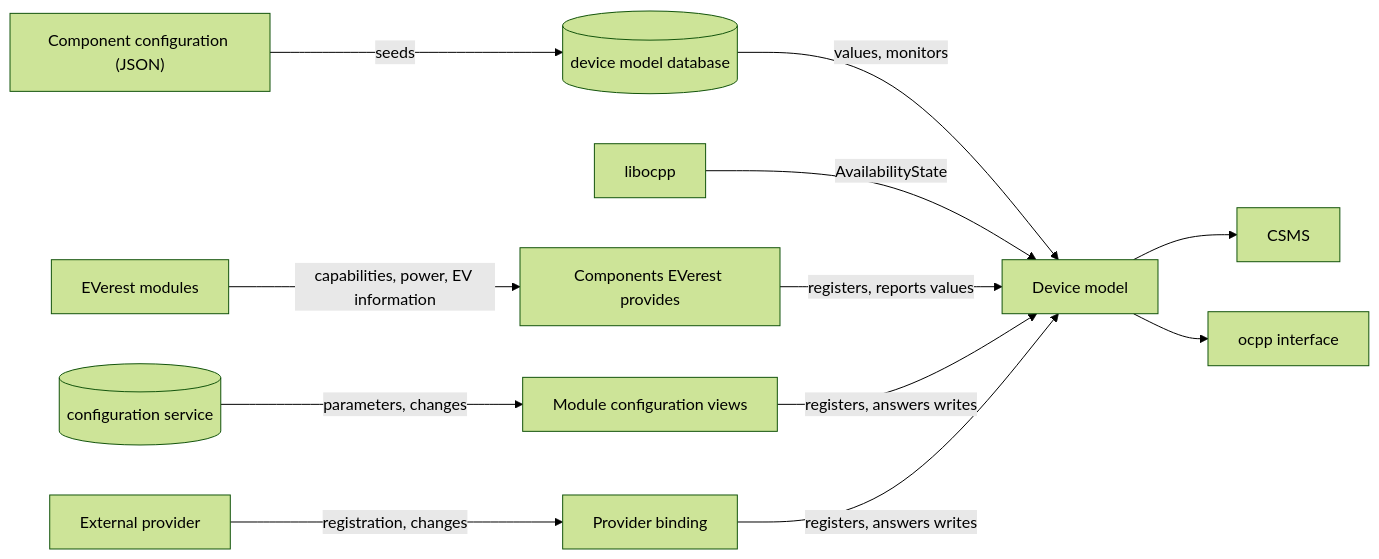
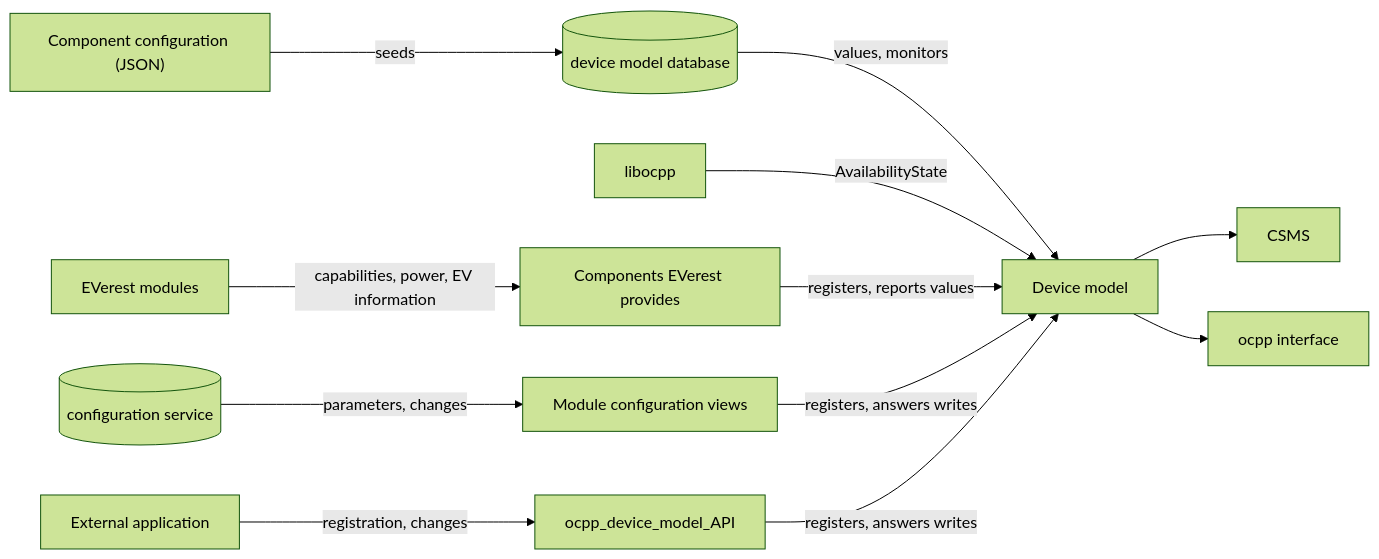
The first of 5 diagrams in modules/EVSE/OCPPmulti/docs/device_model.rst (EVerest/EVerest), drawn with Mermaid (forest theme) before and after one commit. The commit also changed other lines of this file and 11 other files, not shown here.

```diff
--- a/modules/EVSE/OCPPmulti/docs/device_model.rst
+++ b/modules/EVSE/OCPPmulti/docs/device_model.rst
@@ -24,26 +19,26 @@
 .. mermaid::
 
    flowchart LR
        JSON["Component configuration (JSON)"]
        LIB[libocpp]
        EV[Components EVerest provides]
        VIEWS[Module configuration views]
-       PRV[Provider binding]
+       PRV[ocpp_device_model_API]
        DM[Device model]
        DB[(device model database)]
        CS[(configuration service)]
        MODS[EVerest modules]
-       EXT[External provider]
+       EXT[External application]
        CSMS[CSMS]
        API[ocpp interface]
        JSON -- seeds --> DB
        DB -- values, monitors --> DM
        LIB -- AvailabilityState --> DM
        MODS -- capabilities, power, EV information --> EV
        EV -- registers, reports values --> DM
        CS -- parameters, changes --> VIEWS
        VIEWS -- registers, answers writes --> DM
        EXT -- registration, changes --> PRV
        PRV -- registers, answers writes --> DM
        DM --> CSMS
        DM --> API
```
